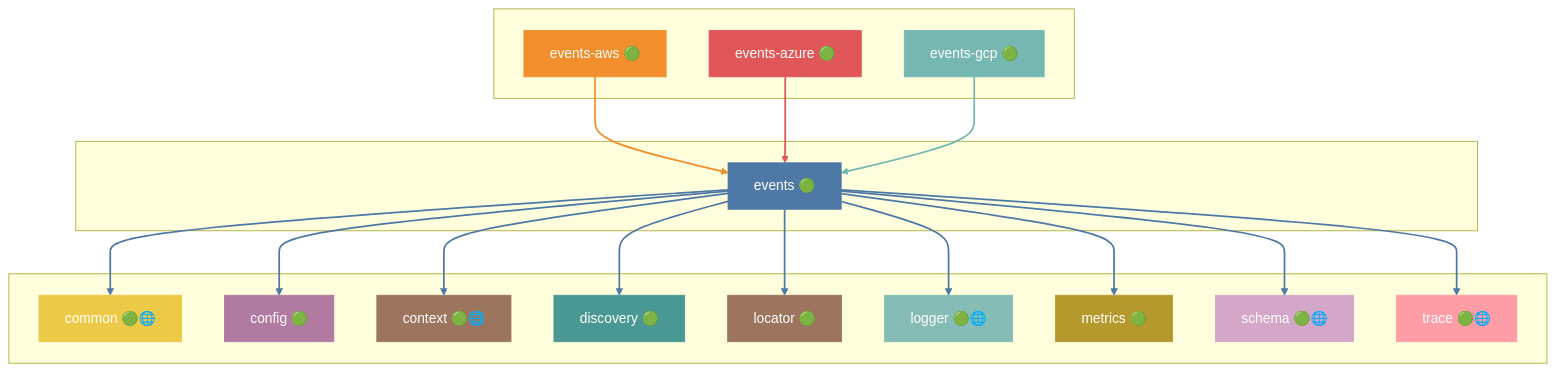
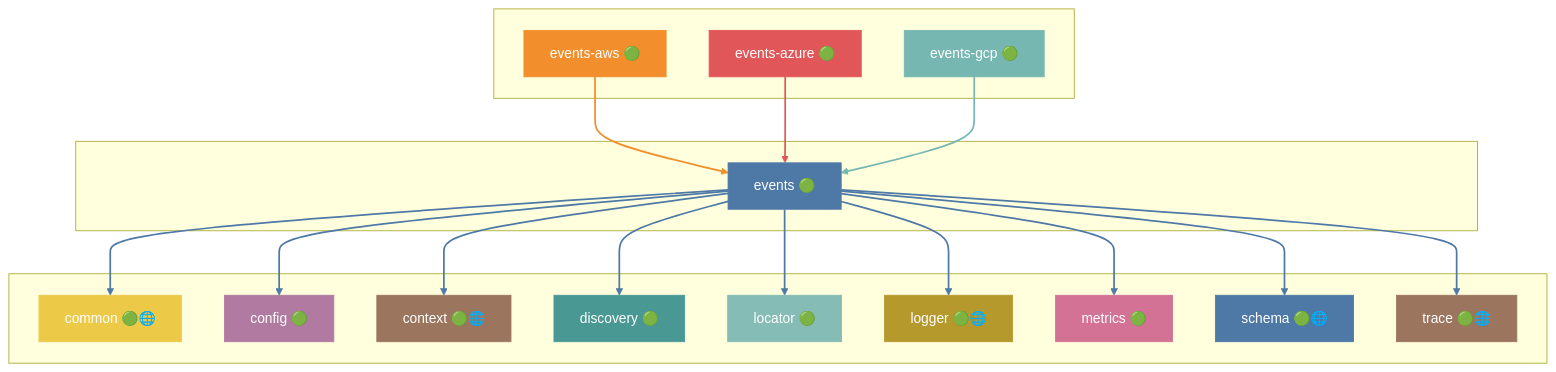
Before and after one commit to grest-ts/grest-ts: diagram 20 of 48 in docs/DEPENDENCIES.md, drawn with Mermaid. The commit also changed other lines of this file and 78 other files, not shown here.

````diff
--- a/docs/DEPENDENCIES.md
+++ b/docs/DEPENDENCIES.md
@@ -1079,59 +1085,59 @@
 ```mermaid
 flowchart TB
     subgraph Dependents[" "]
         events-aws["events-aws 🟢"]
         events-azure["events-azure 🟢"]
         events-gcp["events-gcp 🟢"]
     end
     subgraph Package[" "]
         events["events 🟢"]
     end
     subgraph Dependencies[" "]
         common["common 🟢🌐"]
         config["config 🟢"]
         context["context 🟢🌐"]
         discovery["discovery 🟢"]
         locator["locator 🟢"]
         logger["logger 🟢🌐"]
         metrics["metrics 🟢"]
         schema["schema 🟢🌐"]
         trace["trace 🟢🌐"]
     end
     events-aws --> events
     events-azure --> events
     events-gcp --> events
     events --> common
     events --> config
     events --> context
     events --> discovery
     events --> locator
     events --> logger
     events --> metrics
     events --> schema
     events --> trace
     style events fill:#4E79A7,stroke:#4E79A7,color:#fff
     style events-aws fill:#F28E2B,stroke:#F28E2B,color:#fff
     style events-azure fill:#E15759,stroke:#E15759,color:#fff
     style events-gcp fill:#76B7B2,stroke:#76B7B2,color:#fff
     style common fill:#EDC948,stroke:#EDC948,color:#fff
     style config fill:#B07AA1,stroke:#B07AA1,color:#fff
     style context fill:#9C755F,stroke:#9C755F,color:#fff
     style discovery fill:#499894,stroke:#499894,color:#fff
-    style locator fill:#9C755F,stroke:#9C755F,color:#fff
-    style logger fill:#86BCB6,stroke:#86BCB6,color:#fff
-    style metrics fill:#B6992D,stroke:#B6992D,color:#fff
-    style schema fill:#D4A6C8,stroke:#D4A6C8,color:#fff
-    style trace fill:#FF9DA7,stroke:#FF9DA7,color:#fff
+    style locator fill:#86BCB6,stroke:#86BCB6,color:#fff
+    style logger fill:#B6992D,stroke:#B6992D,color:#fff
+    style metrics fill:#D37295,stroke:#D37295,color:#fff
+    style schema fill:#4E79A7,stroke:#4E79A7,color:#fff
+    style trace fill:#9C755F,stroke:#9C755F,color:#fff
     linkStyle 0 stroke:#F28E2B,stroke-width:2px
     linkStyle 1 stroke:#E15759,stroke-width:2px
     linkStyle 2 stroke:#76B7B2,stroke-width:2px
     linkStyle 3 stroke:#4E79A7,stroke-width:2px
     linkStyle 4 stroke:#4E79A7,stroke-width:2px
     linkStyle 5 stroke:#4E79A7,stroke-width:2px
     linkStyle 6 stroke:#4E79A7,stroke-width:2px
     linkStyle 7 stroke:#4E79A7,stroke-width:2px
     linkStyle 8 stroke:#4E79A7,stroke-width:2px
     linkStyle 9 stroke:#4E79A7,stroke-width:2px
     linkStyle 10 stroke:#4E79A7,stroke-width:2px
     linkStyle 11 stroke:#4E79A7,stroke-width:2px
 ```
````
